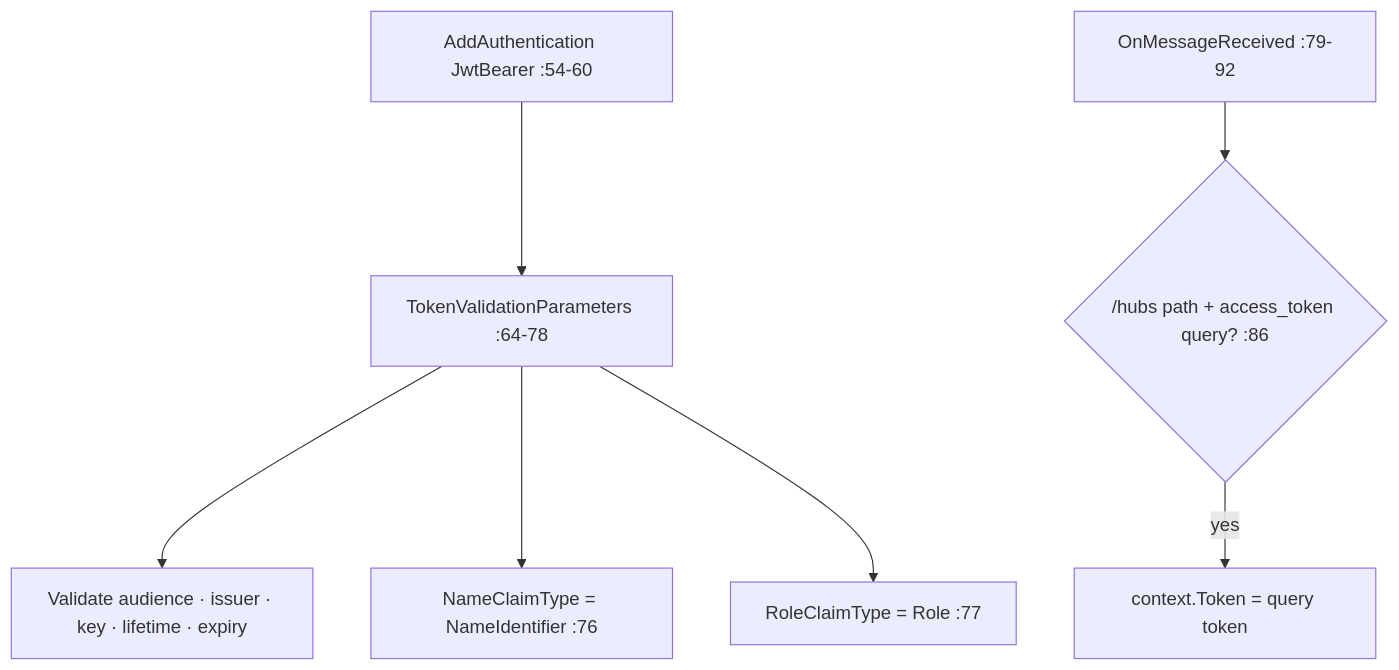
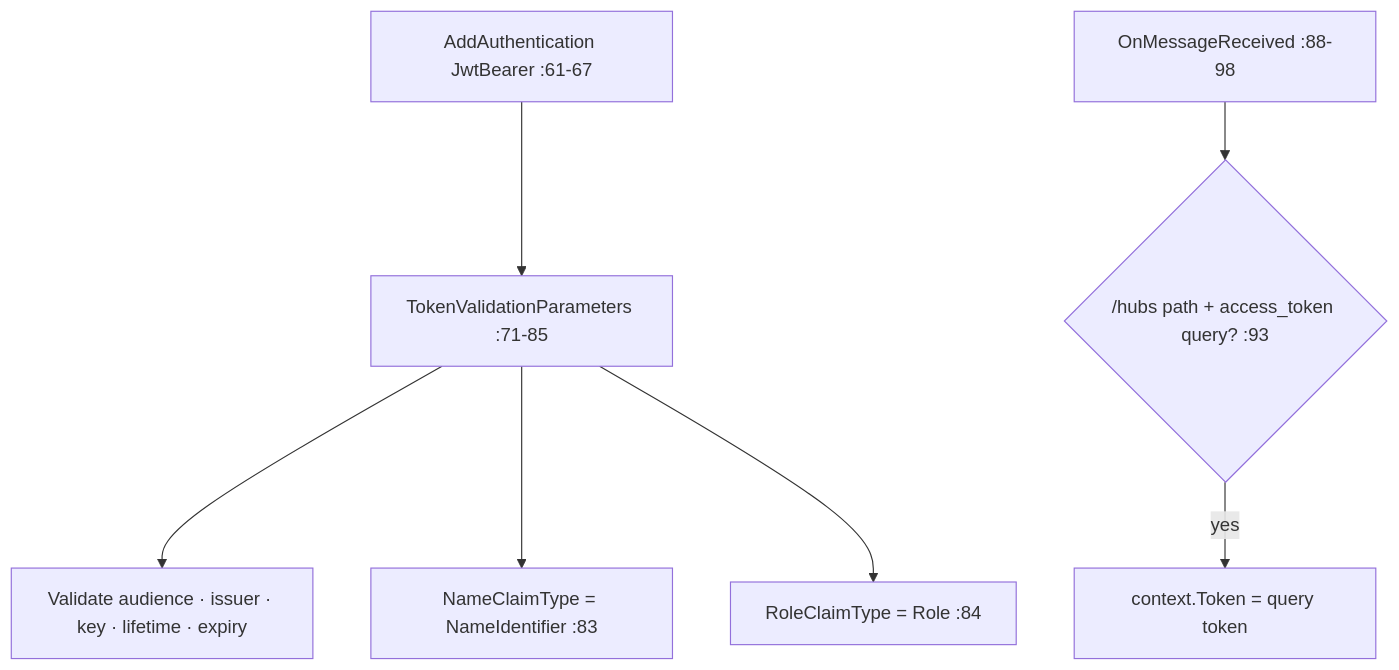
One commit to MohamedGasser15/Education-Lab changed the first of 3 diagrams in Documentation/Modules/API/Program.md. Above: the diagram before and after it, drawn with Mermaid. The commit also changed other lines of this file and 20 other files, not shown here.

Commit message:
docs(modules): update system architecture and module documentation

````diff
--- a/Documentation/Modules/API/Program.md
+++ b/Documentation/Modules/API/Program.md
@@ -41,9 +43,9 @@
 ```mermaid
 flowchart TD
-    A[AddAuthentication JwtBearer :54-60] --> B[TokenValidationParameters :64-78]
+    A[AddAuthentication JwtBearer :61-67] --> B[TokenValidationParameters :71-85]
     B --> C[Validate audience · issuer · key · lifetime · expiry]
-    B --> D[NameClaimType = NameIdentifier :76]
-    B --> E[RoleClaimType = Role :77]
-    F[OnMessageReceived :79-92] --> G{/hubs path + access_token query? :86}
+    B --> D[NameClaimType = NameIdentifier :83]
+    B --> E[RoleClaimType = Role :84]
+    F[OnMessageReceived :88-98] --> G{/hubs path + access_token query? :93}
     G -->|yes| H[context.Token = query token]
 ```
````
